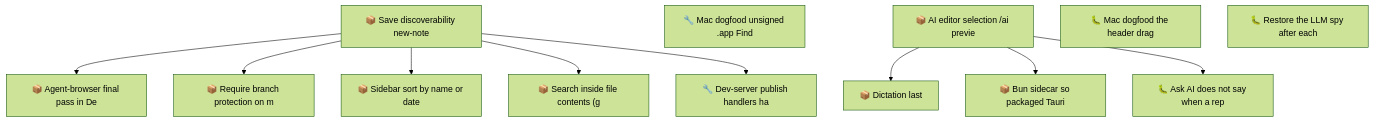
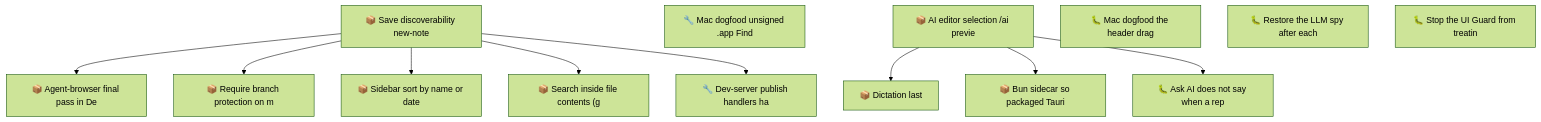
Before and after one commit to SpillwaveSolutions/motion: the second of 2 diagrams in docs/roadmap.md, drawn with Mermaid (forest theme). The commit also changed other lines of this file and 2 other files, not shown here.

First line of the commit message:
fix(ci): stop the UI Guard from treating test files as UI source

````diff
--- a/docs/roadmap.md
+++ b/docs/roadmap.md
@@ -129,24 +131,25 @@
 ```mermaid
 graph TD
     01KYQYYN3SBWDT25TC6H3G4EAA["📦 Save discoverability new-note"]
     01KYQYYN3T2SSGG33ESEWPXKH8["📦 Agent-browser final pass in De"]
     01KYQYYN3T731B57N8NXQ8C0FQ["📦 Require branch protection on m"]
     01KYQYYN3TA69K8848E483HC82["📦 Sidebar sort by name or date"]
     01KYQYYN3TKW93D9SVW07VKFZY["📦 Search inside file contents (g"]
     01M18Q560MPAYQJTA0W6F4DAW3["🔧 Mac dogfood unsigned .app Find"]
     01M18R79ZM90HJ0MBG3CX6VW7E["📦 Dictation last"]
     01M18R79ZMN53CMV76JFHKVEFN["📦 AI editor selection /ai previe"]
     01M19Z6Z3XQZ03EYNXKKBG5WK7["📦 Bun sidecar so packaged Tauri"]
     01M1ABZH14RJDDJ7M7HT3TZKYW["🐛 Ask AI does not say when a rep"]
     01M1ABZH2F573CM32N93NDMAGB["🔧 Dev-server publish handlers ha"]
     01M1MVB300KXXJPZ2XACH7A64K["🐛 Mac dogfood the header drag"]
     01M5GRYQY7ZAK975G44M0G6T6N["🐛 Restore the LLM spy after each"]
+    01M5GTCRJQPGX82TS89Y93732Z["🐛 Stop the UI Guard from treatin"]
     01KYQYYN3SBWDT25TC6H3G4EAA --> 01KYQYYN3T2SSGG33ESEWPXKH8
     01KYQYYN3SBWDT25TC6H3G4EAA --> 01KYQYYN3T731B57N8NXQ8C0FQ
     01KYQYYN3SBWDT25TC6H3G4EAA --> 01KYQYYN3TA69K8848E483HC82
     01KYQYYN3SBWDT25TC6H3G4EAA --> 01KYQYYN3TKW93D9SVW07VKFZY
     01M18R79ZMN53CMV76JFHKVEFN --> 01M18R79ZM90HJ0MBG3CX6VW7E
     01M18R79ZMN53CMV76JFHKVEFN --> 01M19Z6Z3XQZ03EYNXKKBG5WK7
     01M18R79ZMN53CMV76JFHKVEFN --> 01M1ABZH14RJDDJ7M7HT3TZKYW
     01KYQYYN3SBWDT25TC6H3G4EAA --> 01M1ABZH2F573CM32N93NDMAGB
 ```
````
